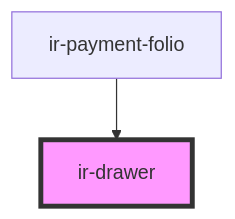
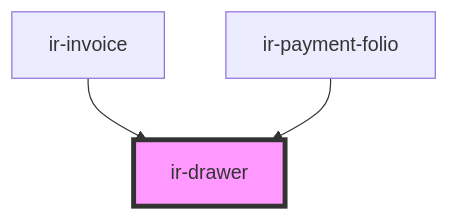
One commit to RonyRizk/ir-webcmp changed the diagram in src/components/ir-drawer/readme.md. Above: the diagram before and after it, drawn with Mermaid. The commit also changed other lines of this file and 59 other files, not shown here.

````diff
--- a/src/components/ir-drawer/readme.md
+++ b/src/components/ir-drawer/readme.md
@@ -34,5 +35,6 @@
 ```mermaid
 graph TD;
+  ir-invoice --> ir-drawer
   ir-payment-folio --> ir-drawer
   style ir-drawer fill:#f9f,stroke:#333,stroke-width:4px
 ```
````
